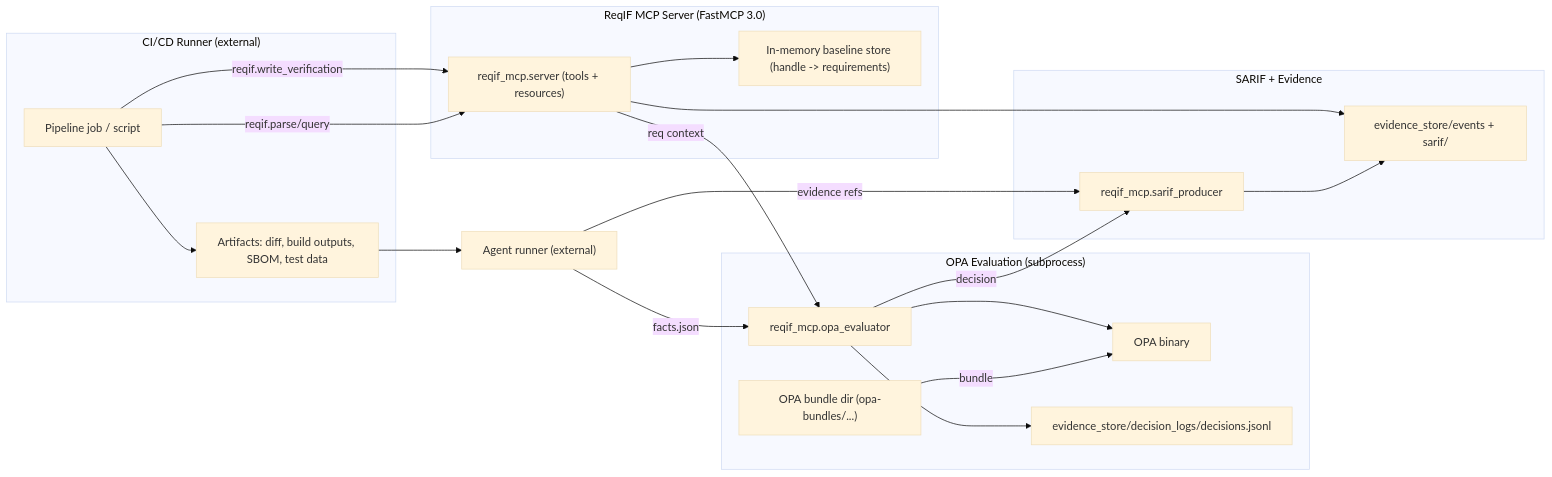
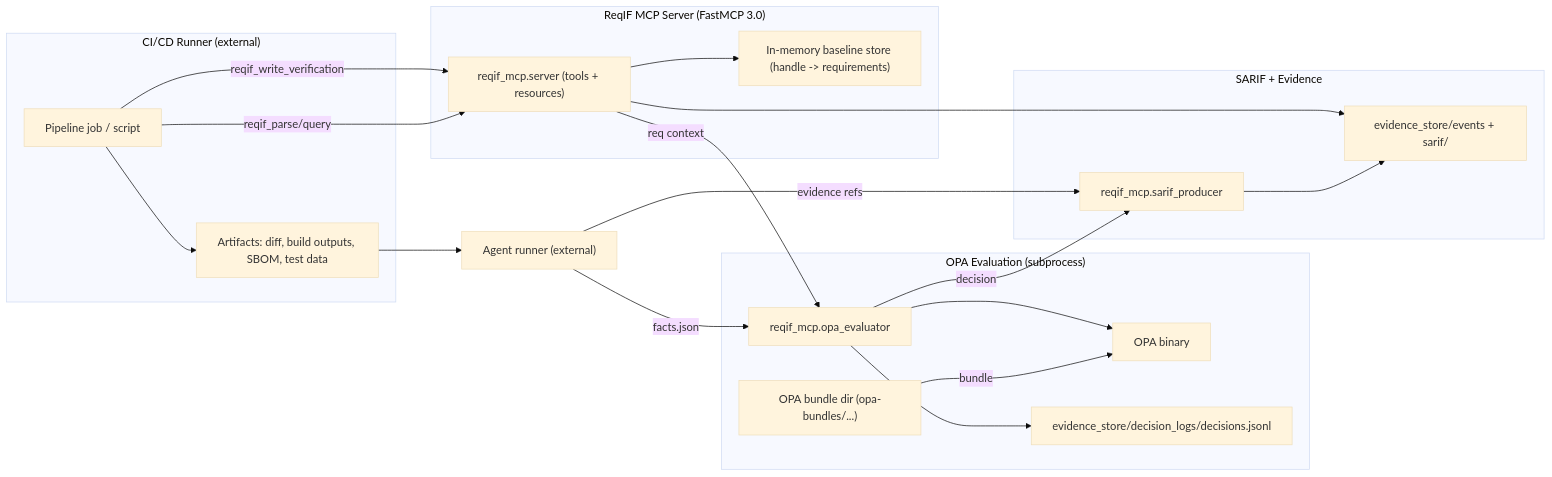
The second of 3 diagrams in README.md (PromptExecution/reqif-opa-mcp), drawn with Mermaid (base theme) before and after one commit. The commit also changed other lines of this file and 1 other file, not shown here.

````diff
--- a/README.md
+++ b/README.md
@@ -99,39 +143,39 @@
 ```mermaid
 flowchart LR
   subgraph R["ReqIF MCP Server (FastMCP 3.0)"]
     A["reqif_mcp.server (tools + resources)"]
     M["In-memory baseline store (handle -> requirements)"]
     A --> M
   end
 
   subgraph P["OPA Evaluation (subprocess)"]
     B["reqif_mcp.opa_evaluator"]
     OPA["OPA binary"]
     PB["OPA bundle dir (opa-bundles/...)"]
     DL["evidence_store/decision_logs/decisions.jsonl"]
     PB -->|bundle| OPA
     B --> OPA
     B --> DL
   end
 
   subgraph E["SARIF + Evidence"]
     SAR["reqif_mcp.sarif_producer"]
     EV["evidence_store/events + sarif/"]
   end
 
   subgraph C["CI/CD Runner (external)"]
     CI["Pipeline job / script"]
     ART["Artifacts: diff, build outputs, SBOM, test data"]
     CI --> ART
   end
 
-  CI -->|reqif.parse/query| A
-  CI -->|reqif.write_verification| A
+  CI -->|reqif_parse/query| A
+  CI -->|reqif_write_verification| A
   ART --> AG["Agent runner (external)"]
   AG -->|facts.json| B
   A -->|req context| B
   B -->|decision| SAR
   AG -->|evidence refs| SAR
   SAR --> EV
   A --> EV
 ```
````
